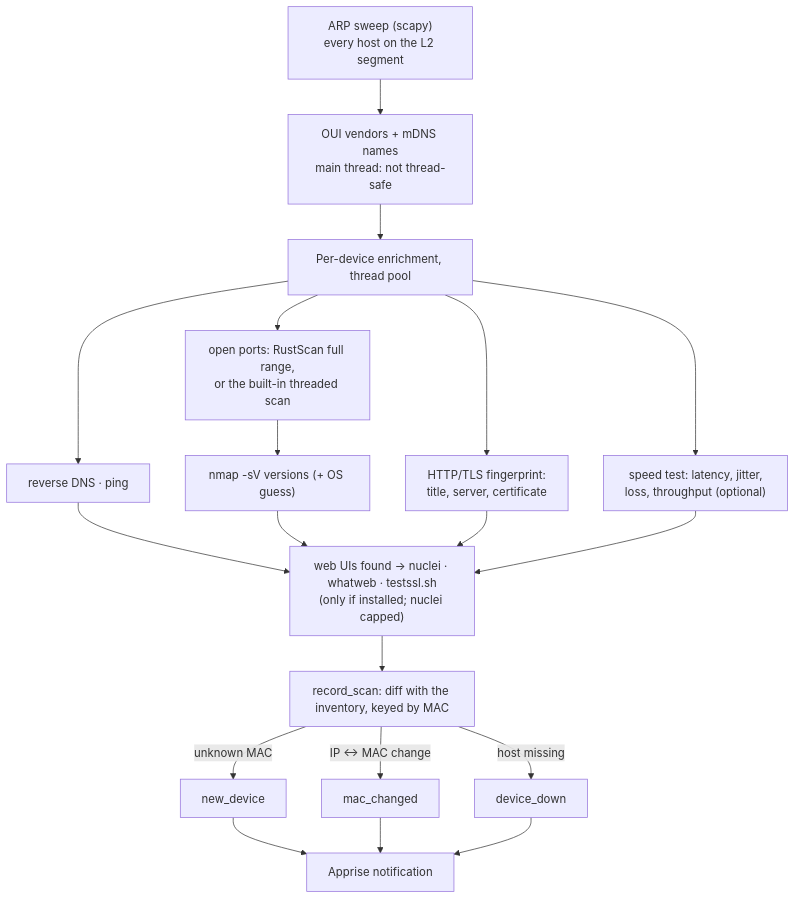
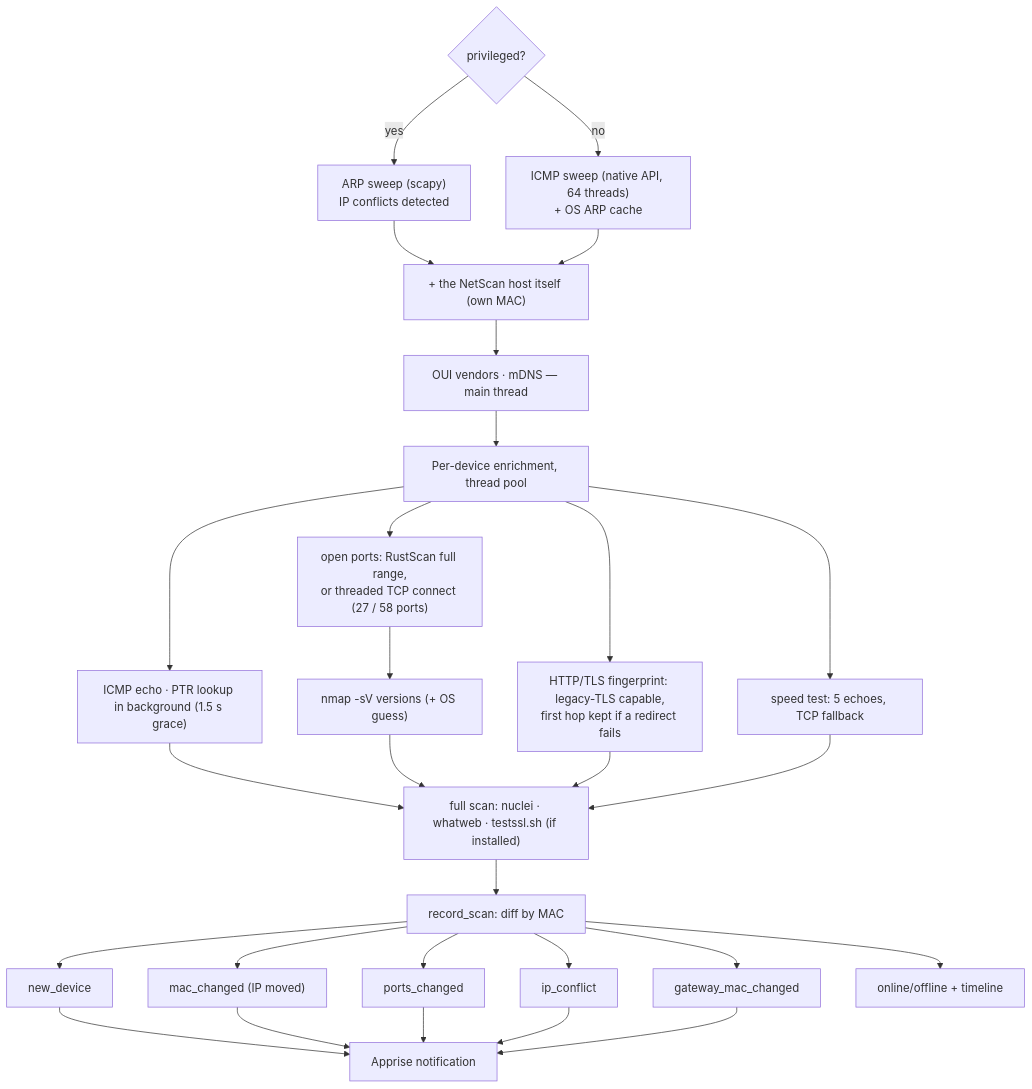
The second of 2 diagrams in docs/ARCHITECTURE.md (abarriuso/netscan), drawn with Mermaid before and after one commit. The commit also changed other lines of this file and 84 other files, not shown here.

````diff
--- a/docs/ARCHITECTURE.md
+++ b/docs/ARCHITECTURE.md
@@ -35,16 +41,17 @@
 ```mermaid
 flowchart TD
-  A["ARP sweep (scapy)<br/>every host on the L2 segment"] --> B["OUI vendors + mDNS names<br/>main thread: not thread-safe"]
+  A{"privileged?"} -->|yes| A1["ARP sweep (scapy)<br/>IP conflicts detected"]
+  A -->|no| A2["ICMP sweep (native API, 64 threads)<br/>+ OS ARP cache"]
+  A1 & A2 --> A3["+ the NetScan host itself (own MAC)"]
+  A3 --> B["OUI vendors · mDNS — main thread"]
   B --> C["Per-device enrichment, thread pool"]
-  C --> C1["reverse DNS · ping"]
-  C --> C2["open ports: RustScan full range,<br/>or the built-in threaded scan"]
+  C --> C1["ICMP echo · PTR lookup in background (1.5 s grace)"]
+  C --> C2["open ports: RustScan full range,<br/>or threaded TCP connect (27 / 58 ports)"]
   C2 --> C3["nmap -sV versions (+ OS guess)"]
-  C --> C4["HTTP/TLS fingerprint:<br/>title, server, certificate"]
-  C --> C5["speed test: latency, jitter,<br/>loss, throughput (optional)"]
-  C1 & C3 & C4 & C5 --> D["web UIs found → nuclei · whatweb · testssl.sh<br/>(only if installed; nuclei capped)"]
-  D --> E["record_scan: diff with the inventory, keyed by MAC"]
-  E -->|unknown MAC| F1["new_device"]
-  E -->|IP ↔ MAC change| F2["mac_changed"]
-  E -->|host missing| F3["device_down"]
-  F1 & F2 & F3 --> G["Apprise notification"]
+  C --> C4["HTTP/TLS fingerprint: legacy-TLS capable,<br/>first hop kept if a redirect fails"]
+  C --> C5["speed test: 5 echoes, TCP fallback"]
+  C1 & C3 & C4 & C5 --> D["full scan: nuclei · whatweb · testssl.sh (if installed)"]
+  D --> E["record_scan: diff by MAC"]
+  E --> F1["new_device"] & F2["mac_changed (IP moved)"] & F3["ports_changed"] & F4["ip_conflict"] & F5["gateway_mac_changed"] & F6["online/offline + timeline"]
+  F1 & F2 & F3 & F4 & F5 --> G["Apprise notification"]
 ```
````
